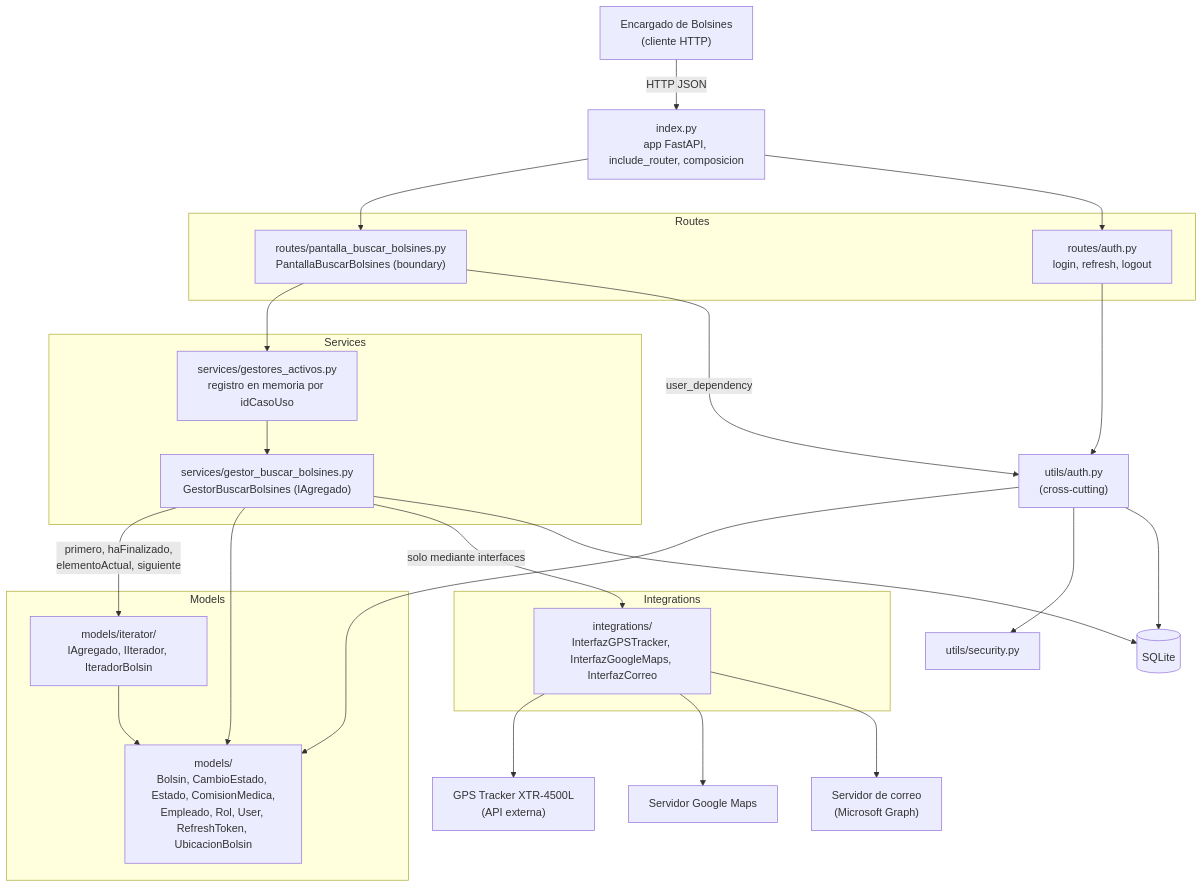
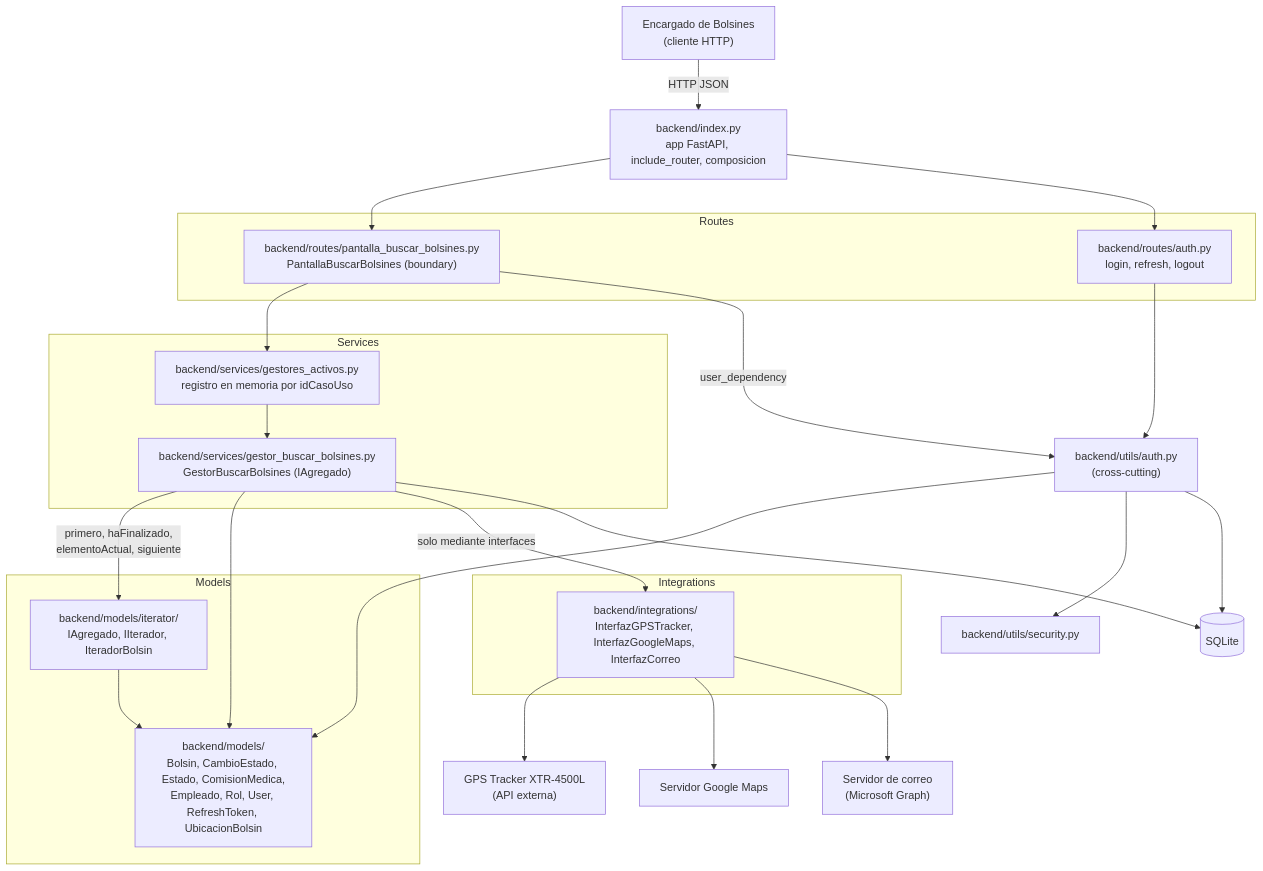
One commit to JoaquinMorais/DSI-TPI-Bolsines changed the diagram in docs/01-arquitectura.md. Above: the diagram before and after it, drawn with Mermaid. The commit also changed other lines of this file and 32 other files, not shown here.

````diff
--- a/docs/01-arquitectura.md
+++ b/docs/01-arquitectura.md
@@ -7,43 +7,43 @@
 ```mermaid
 flowchart TD
   EB["Encargado de Bolsines<br/>(cliente HTTP)"] -->|HTTP JSON| IDX
 
-  IDX["index.py<br/>app FastAPI, include_router, composicion"]
+  IDX["backend/index.py<br/>app FastAPI, include_router, composicion"]
 
   subgraph Routes
-    R["routes/pantalla_buscar_bolsines.py<br/>PantallaBuscarBolsines (boundary)"]
-    RA["routes/auth.py<br/>login, refresh, logout"]
+    R["backend/routes/pantalla_buscar_bolsines.py<br/>PantallaBuscarBolsines (boundary)"]
+    RA["backend/routes/auth.py<br/>login, refresh, logout"]
   end
 
   subgraph Services
-    GA["services/gestores_activos.py<br/>registro en memoria por idCasoUso"]
-    S["services/gestor_buscar_bolsines.py<br/>GestorBuscarBolsines (IAgregado)"]
+    GA["backend/services/gestores_activos.py<br/>registro en memoria por idCasoUso"]
+    S["backend/services/gestor_buscar_bolsines.py<br/>GestorBuscarBolsines (IAgregado)"]
   end
 
   subgraph Models
-    IT["models/iterator/<br/>IAgregado, IIterador, IteradorBolsin"]
-    E["models/<br/>Bolsin, CambioEstado, Estado, ComisionMedica,<br/>Empleado, Rol, User, RefreshToken, UbicacionBolsin"]
+    IT["backend/models/iterator/<br/>IAgregado, IIterador, IteradorBolsin"]
+    E["backend/models/<br/>Bolsin, CambioEstado, Estado, ComisionMedica,<br/>Empleado, Rol, User, RefreshToken, UbicacionBolsin"]
   end
 
   subgraph Integrations
-    I["integrations/<br/>InterfazGPSTracker, InterfazGoogleMaps, InterfazCorreo"]
+    I["backend/integrations/<br/>InterfazGPSTracker, InterfazGoogleMaps, InterfazCorreo"]
   end
 
   IDX --> R
   IDX --> RA
   R --> GA
   GA --> S
   S -->|primero, haFinalizado,<br/>elementoActual, siguiente| IT
   IT --> E
   S --> E
   S -->|solo mediante interfaces| I
   I --> GPS["GPS Tracker XTR-4500L<br/>(API externa)"]
   I --> GM["Servidor Google Maps"]
   I --> MAIL["Servidor de correo<br/>(Microsoft Graph)"]
-  R -->|user_dependency| AUTH["utils/auth.py<br/>(cross-cutting)"]
+  R -->|user_dependency| AUTH["backend/utils/auth.py<br/>(cross-cutting)"]
   RA --> AUTH
   AUTH --> E
-  AUTH --> SEC["utils/security.py"]
+  AUTH --> SEC["backend/utils/security.py"]
   S --> DB[("SQLite")]
   AUTH --> DB
 ```
````
